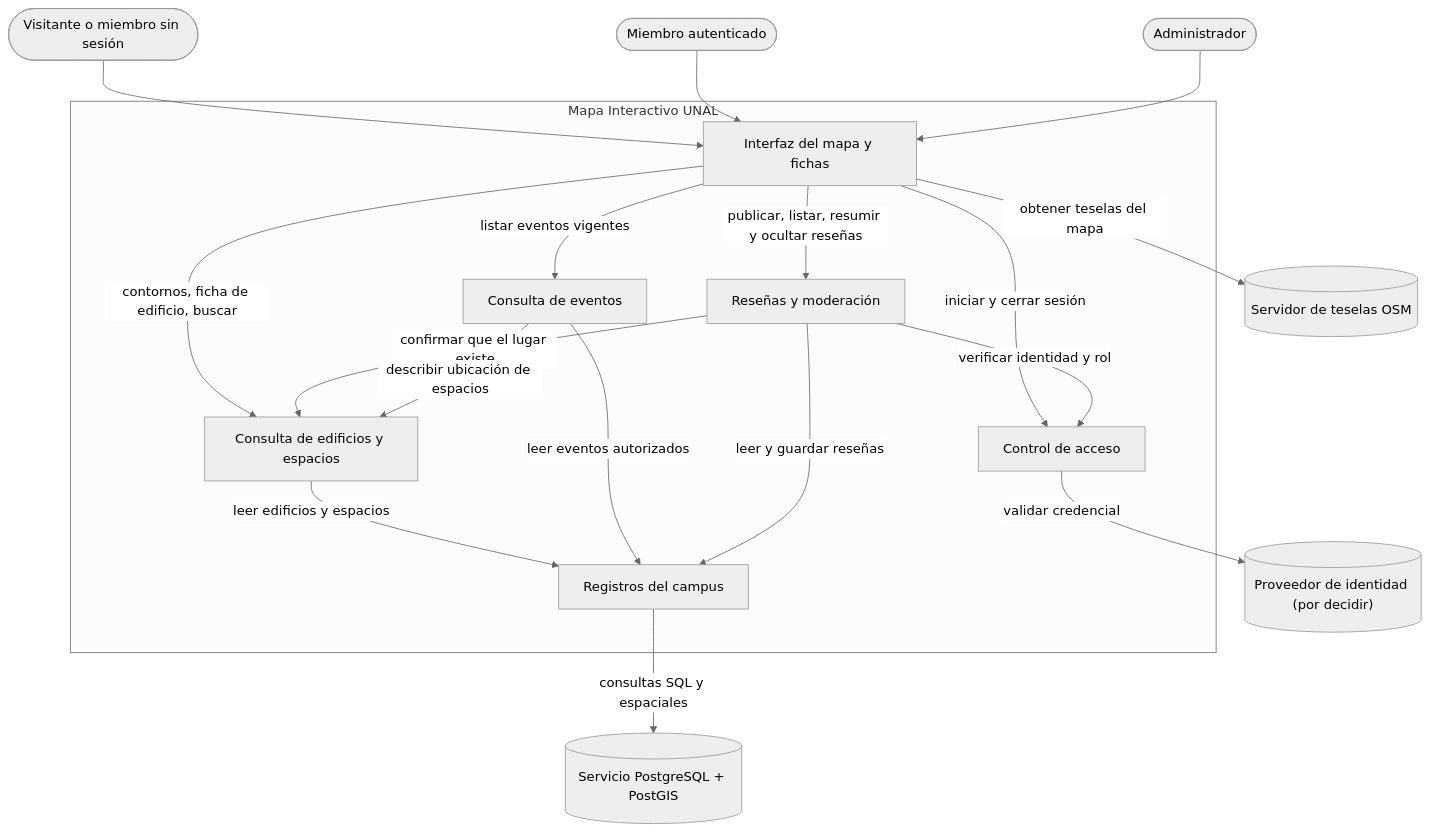
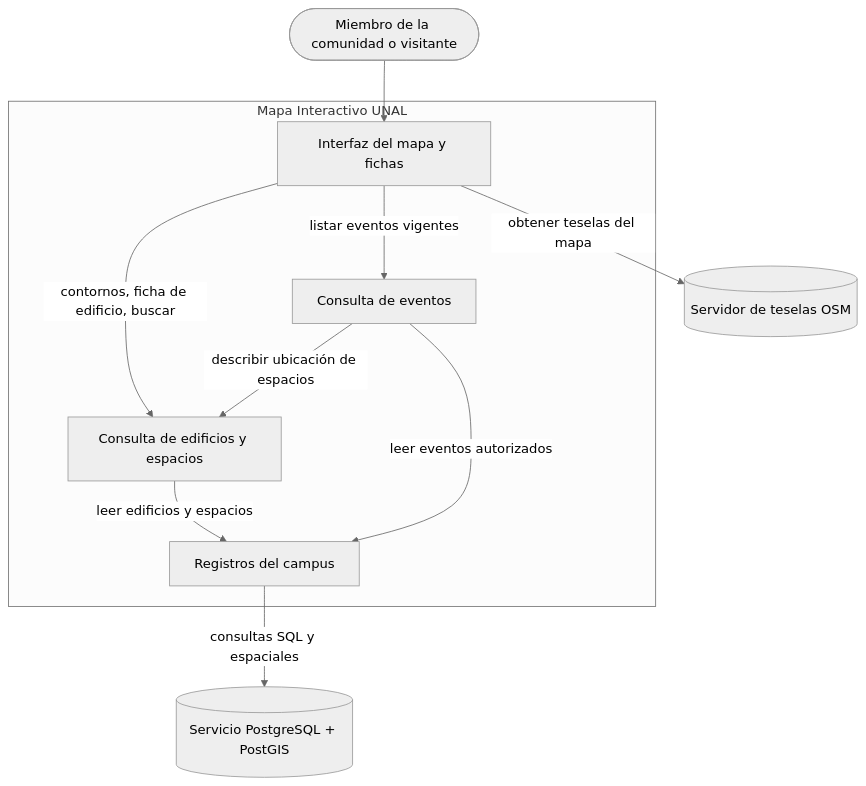
Before and after one commit to jaacmameciji23/pruebas: the first of 3 diagrams in 01_Architectural_and_Detailed_Design.md, drawn with Mermaid (neutral theme). The commit also changed other lines of this file, not shown here.

````diff
--- a/01_Architectural_and_Detailed_Design.md
+++ b/01_Architectural_and_Detailed_Design.md
@@ -55,39 +50,26 @@
 ```mermaid
 flowchart TB
-    Visitante([Visitante o miembro sin sesión])
-    Miembro([Miembro autenticado])
-    Admin([Administrador])
+    Usuario([Miembro de la comunidad o visitante])
 
     subgraph SYS["Mapa Interactivo UNAL"]
         UI["Interfaz del mapa y fichas"]
         EDI["Consulta de edificios y espacios"]
         EVE["Consulta de eventos"]
-        RES["Reseñas y moderación"]
-        ACC["Control de acceso"]
         REG["Registros del campus"]
     end
 
     Teselas[("Servidor de teselas OSM")]
-    IdP[("Proveedor de identidad (por decidir)")]
     BD[("Servicio PostgreSQL + PostGIS")]
 
-    Visitante --> UI
-    Miembro --> UI
-    Admin --> UI
+    Usuario --> UI
 
     UI -->|"obtener teselas del mapa"| Teselas
     UI -->|"contornos, ficha de edificio, buscar"| EDI
     UI -->|"listar eventos vigentes"| EVE
-    UI -->|"publicar, listar, resumir y ocultar reseñas"| RES
-    UI -->|"iniciar y cerrar sesión"| ACC
 
-    RES -->|"verificar identidad y rol"| ACC
-    ACC -->|"validar credencial"| IdP
-    RES -->|"confirmar que el lugar existe"| EDI
     EVE -->|"describir ubicación de espacios"| EDI
 
     EDI -->|"leer edificios y espacios"| REG
     EVE -->|"leer eventos autorizados"| REG
-    RES -->|"leer y guardar reseñas"| REG
     REG -->|"consultas SQL y espaciales"| BD
 ```
````
